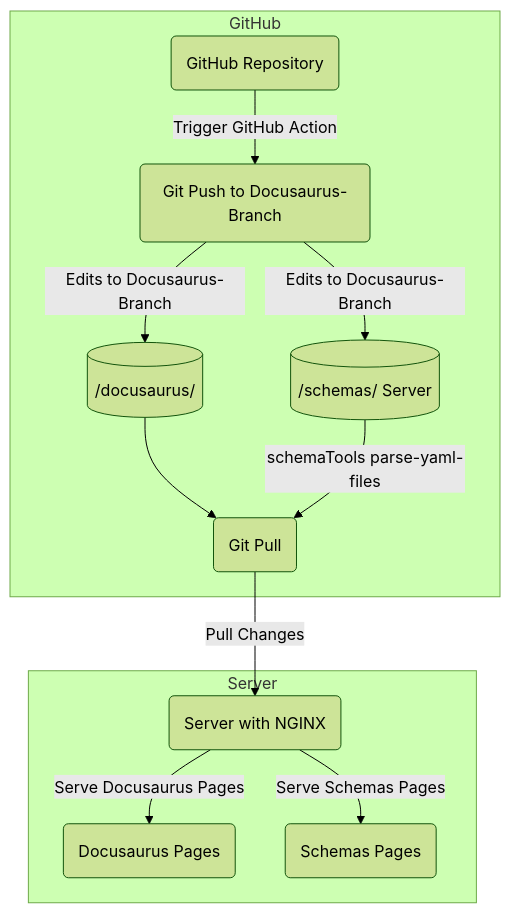
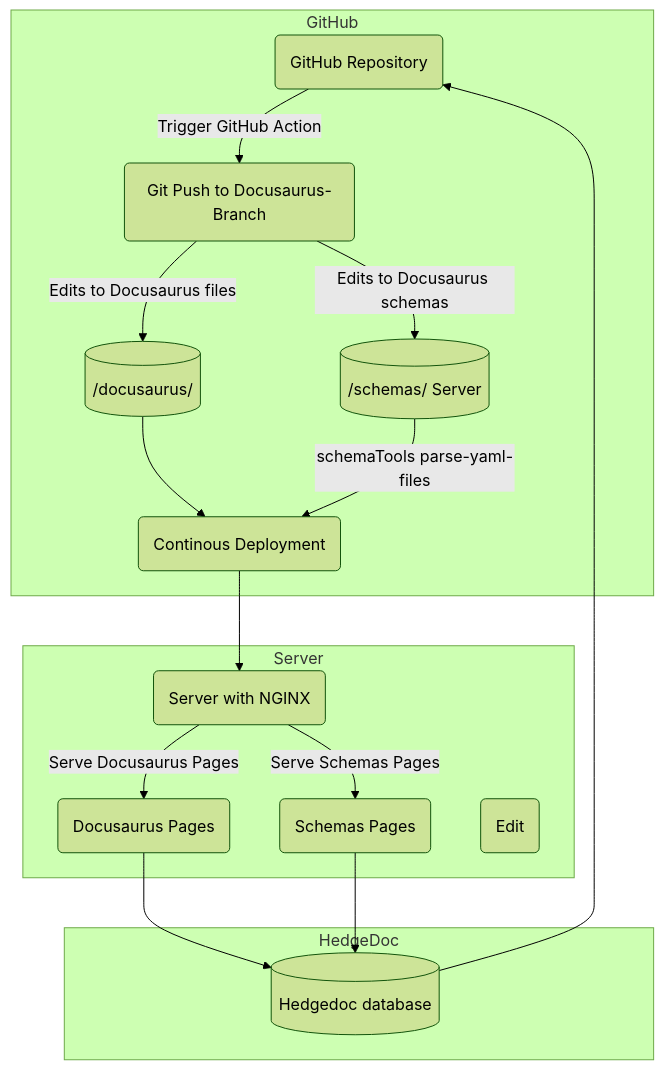
The diagram in README.md (nqminds/SBOM-GAP), drawn with Mermaid (forest theme) before and after one commit.

Commit message:
[2024-01-11 10:17:20] Anthony McCaigue: documentation-toolchain

````diff
--- a/README.md
+++ b/README.md
@@ -6,31 +6,40 @@
 ```mermaid
-graph TD;
+graph
 
 %% GitHub
 subgraph GitHub
   ghRepo(GitHub Repository)
   ghAction1(Git Push to Docusaurus-Branch)
-  ghAction2(Git Pull)
+  ghAction2(Continous Deployment)
   docusaurusServer[(/docusaurus/)]
   schemasServer[(/schemas/ Server)]
 end
 
 %% Server Hosting Pages using NGINX
 subgraph Server
   nginxServer(Server with NGINX)
   nginxDocusaurus(Docusaurus Pages)
   nginxSchemas(Schemas Pages)
+  editPage(Edit)
 end
 
+subgraph HedgeDoc
+    hedgedocPages[(Hedgedoc database)]
+
+end
 %% Arrows and Actions
 ghRepo -->|Trigger GitHub Action| ghAction1
-ghAction1 -->|Edits to Docusaurus-Branch| docusaurusServer
-ghAction1 -->|Edits to Docusaurus-Branch| schemasServer
+ghAction1 -->|Edits to Docusaurus files| docusaurusServer
+ghAction1 -->|Edits to Docusaurus schemas| schemasServer
 docusaurusServer --> ghAction2
 schemasServer -->|schemaTools parse-yaml-files| ghAction2
 
-ghAction2 -->|Pull Changes| nginxServer
+ghAction2 --> nginxServer
 nginxServer -->|Serve Docusaurus Pages| nginxDocusaurus
 nginxServer -->|Serve Schemas Pages| nginxSchemas
 
+nginxDocusaurus --> hedgedocPages
+nginxSchemas --> hedgedocPages
+
+hedgedocPages --> ghRepo
 ```
````
